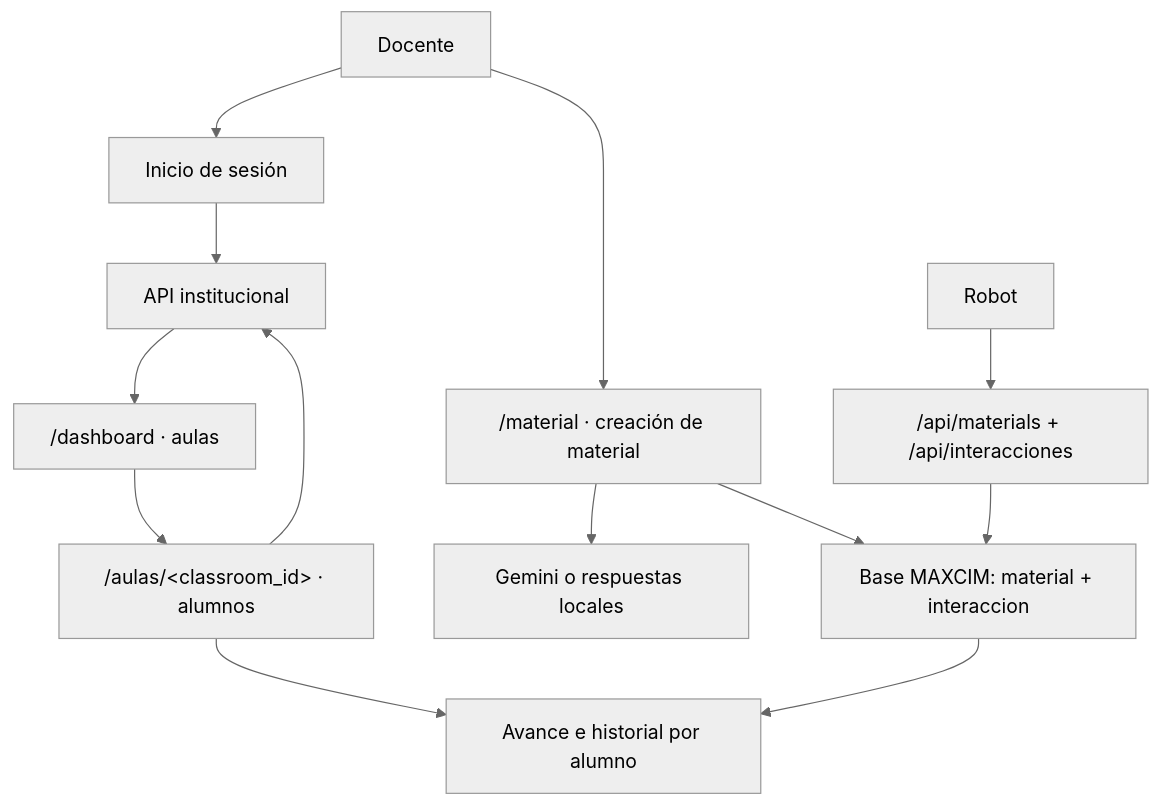
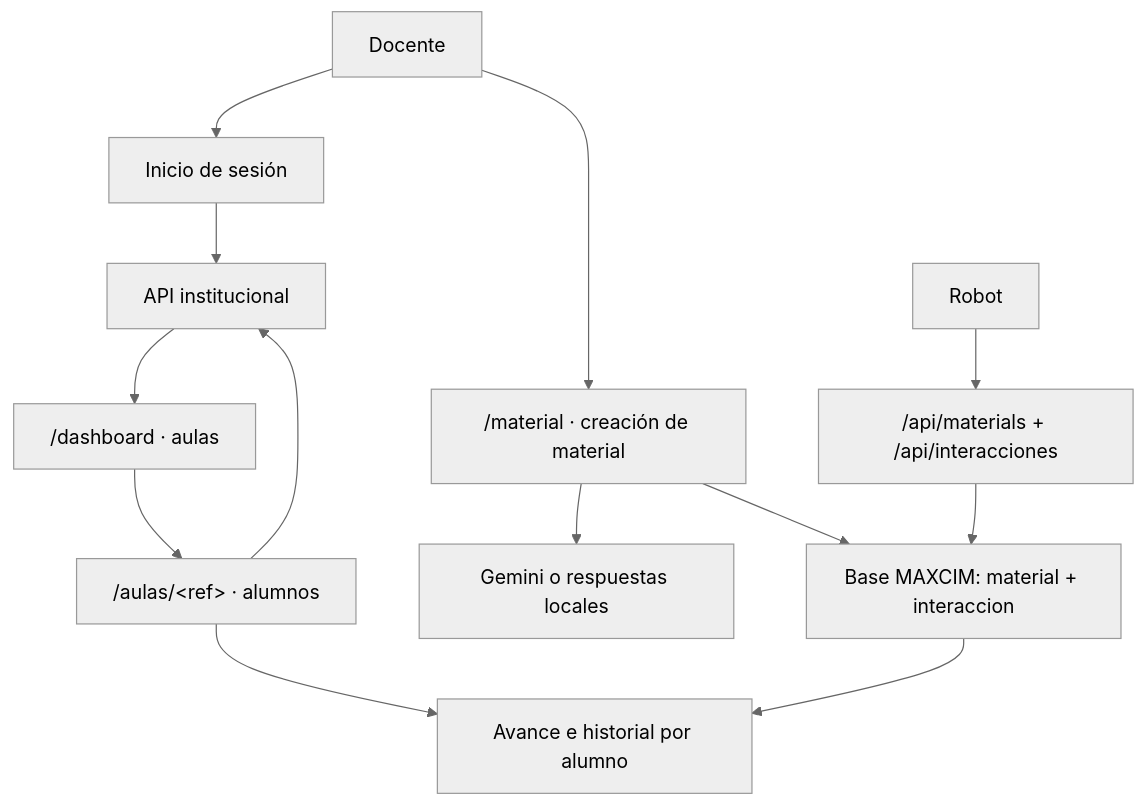
The diagram in README.md (arodasr-cima/maxcim_app), drawn with Mermaid (neutral theme) before and after one commit. The commit also changed other lines of this file and 20 other files, not shown here.

````diff
--- a/README.md
+++ b/README.md
@@ -21,15 +23,15 @@
 ```mermaid
 flowchart TD
     DOCENTE["Docente"] --> LOGIN["Inicio de sesión"]
     LOGIN --> INST["API institucional"]
     INST --> DASH["/dashboard · aulas"]
-    DASH --> AULA["/aulas/&lt;classroom_id&gt; · alumnos"]
+    DASH --> AULA["/aulas/&lt;ref&gt; · alumnos"]
     AULA --> INST
     DOCENTE --> MATERIAL["/material · creación de material"]
     MATERIAL --> AI["Gemini o respuestas locales"]
     MATERIAL --> DB["Base MAXCIM: material + interaccion"]
     ROBOT["Robot"] --> ROBOTAPI["/api/materials + /api/interacciones"]
     ROBOTAPI --> DB
     AULA --> PROGRESO["Avance e historial por alumno"]
     DB --> PROGRESO
 ```
````
